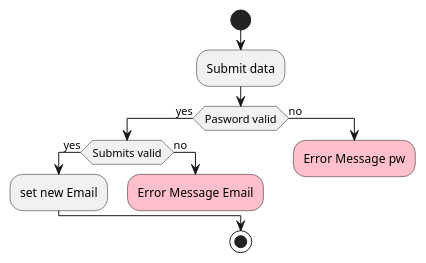
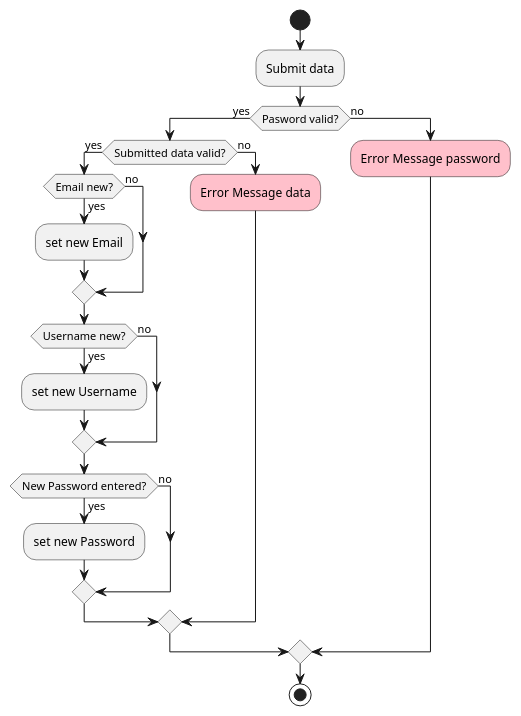
Before and after one commit to NichtEuler/calendar: the diagram in UML/edituser_flowchart.wsd, drawn with PlantUML. The commit also changed 2 other files, not shown here.

Commit message:
added flowcharts edit/create Event and edituser update

```diff
--- a/UML/edituser_flowchart.wsd
+++ b/UML/edituser_flowchart.wsd
@@ -1,31 +1,42 @@
 @startuml
 
 start
 
+'evtl submit data weg und das diagramm so nennen?
 :Submit data;
-'repeat
     
-if(Pasword valid) then (yes)
-    if(Submits valid) then (yes)
-        :set new Email;
+if(Pasword valid?) then (yes)
+    if(Submitted data valid?) then (yes)
+        if(Email new?) then (yes)
+            :set new Email;
+        else (no)
+        endif
+        if(Username new?) then (yes)
+            :set new Username;
+        else (no)
+        endif
+        if(New Password entered?) then (yes)
+            :set new Password;
+        else (no)
+        endif
     else (no)
-        #pink:Error Message Email;
-        detach
+        #pink:Error Message data;
+        'detach 'detach oder nicht?
     endif
 else (no)
-    #pink:Error Message pw;
-        detach
+    #pink:Error Message password;
+    'detach
     
 endif
 
     ' switch(email valid)
     ' case(yes)
     '     :tessxt;
     ' case(no)
     '     :tesxsst;
     ' endswitch
 'repeat while (more data?) is (yes)
 '->no;
 stop
 
 @enduml
```
